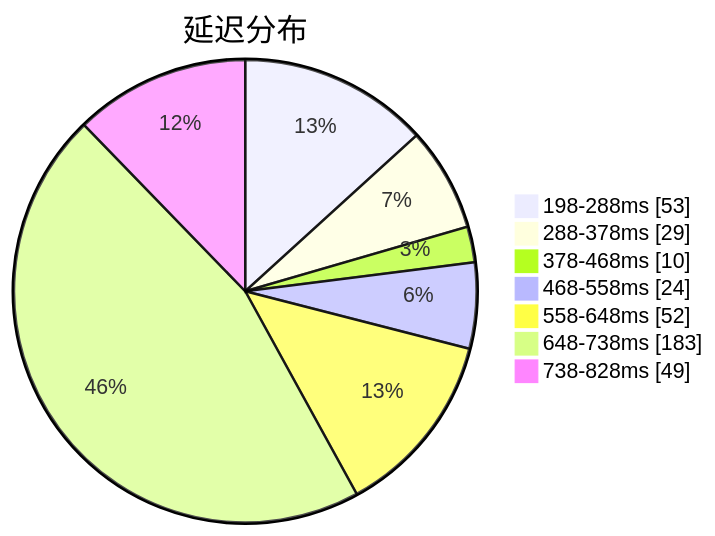
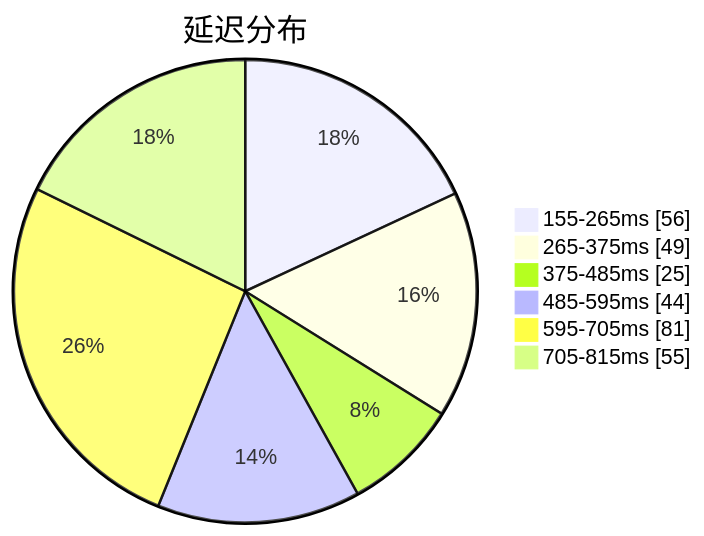
The first of 3 diagrams in subs/statistics/tested_within.md (qjlxg/airport), drawn with Mermaid before and after one commit. The commit also changed other lines of this file and 2 other files, not shown here.

````diff
--- a/subs/statistics/tested_within.md
+++ b/subs/statistics/tested_within.md
@@ -2,11 +2,10 @@
 ```mermaid
 pie showData
 title 延迟分布
-"198-288ms" : 53
-"288-378ms" : 29
-"378-468ms" : 10
-"468-558ms" : 24
-"558-648ms" : 52
-"648-738ms" : 183
-"738-828ms" : 49
+"155-265ms" : 56
+"265-375ms" : 49
+"375-485ms" : 25
+"485-595ms" : 44
+"595-705ms" : 81
+"705-815ms" : 55
 ```
````
